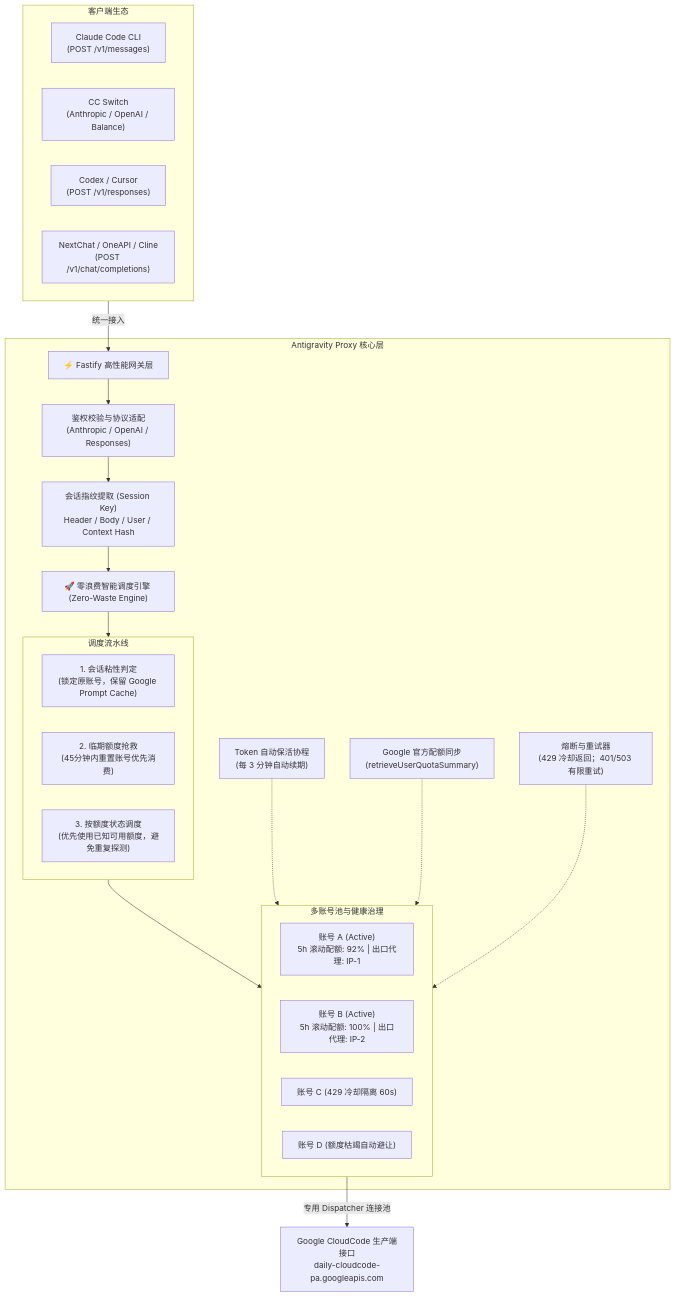
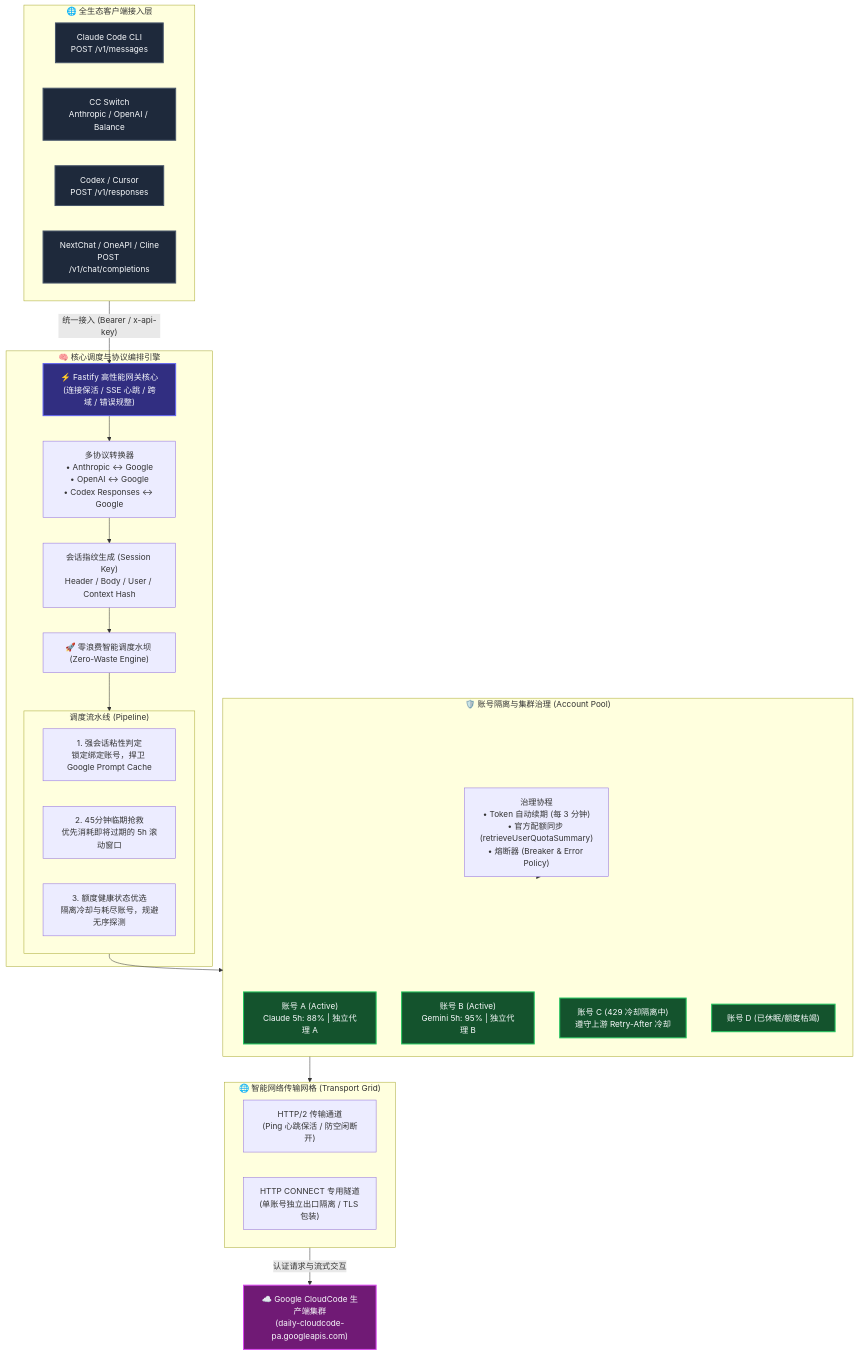
Before and after one commit to nnnextyear/antigravity-proxy: the diagram in README.md, drawn with Mermaid. The commit also changed other lines of this file and 30 other files, not shown here.

First line of the commit message:
feat: enhance proxy resilience, HTTP/2 keepalive transport, and overhaul high-star README

````diff
--- a/README.md
+++ b/README.md
@@ -53,38 +74,49 @@
 ```mermaid
 flowchart TD
-    subgraph Clients [客户端生态]
-        C1["Claude Code CLI\n(POST /v1/messages)"]
-        C2["CC Switch\n(Anthropic / OpenAI / Balance)"]
-        C3["Codex / Cursor\n(POST /v1/responses)"]
-        C4["NextChat / OneAPI / Cline\n(POST /v1/chat/completions)"]
+    classDef client fill:#1e293b,stroke:#475569,stroke-width:2px,color:#f8fafc;
+    classDef gateway fill:#312e81,stroke:#6366f1,stroke-width:2px,color:#f8fafc;
+    classDef engine fill:#0f172a,stroke:#38bdf8,stroke-width:2px,color:#f8fafc;
+    classDef pool fill:#14532d,stroke:#22c55e,stroke-width:2px,color:#f8fafc;
+    classDef upstream fill:#701a75,stroke:#d946ef,stroke-width:2px,color:#f8fafc;
+
+    subgraph Clients["🌐 全生态客户端接入层"]
+        C1["Claude Code CLI\nPOST /v1/messages"]:::client
+        C2["CC Switch\nAnthropic / OpenAI / Balance"]:::client
+        C3["Codex / Cursor\nPOST /v1/responses"]:::client
+        C4["NextChat / OneAPI / Cline\nPOST /v1/chat/completions"]:::client
     end
 
-    Clients -->|统一接入| Gateway["⚡ Fastify 高性能网关层"]
+    Clients -->|"统一接入 (Bearer / x-api-key)"| GW["⚡ Fastify 高性能网关核心\n(连接保活 / SSE 心跳 / 跨域 / 错误规整)"]:::gateway
 
-    subgraph Core [Antigravity Proxy 核心层]
-        Gateway --> Auth["鉴权校验与协议适配\n(Anthropic / OpenAI / Responses)"]
-        Auth --> Session["会话指纹提取 (Session Key)\nHeader / Body / User / Context Hash"]
-        Session --> Engine["🚀 零浪费智能调度引擎 (Zero-Waste Engine)"]
+    subgraph Core["🧠 核心调度与协议编排引擎"]
+        GW --> Adapters["多协议转换器\n• Anthropic ↔ Google\n• OpenAI ↔ Google\n• Codex Responses ↔ Google"]
+        Adapters --> Fingerprint["会话指纹生成 (Session Key)\nHeader / Body / User / Context Hash"]
+        Fingerprint --> Scheduler["🚀 零浪费智能调度水坝 (Zero-Waste Engine)"]
 
-        subgraph Strategies [调度流水线]
-            S1["1. 会话粘性判定\n(锁定原账号，保留 Google Prompt Cache)"]
-            S2["2. 临期额度抢救\n(45分钟内重置账号优先消费)"]
-            S3["3. 按额度状态调度\n(优先使用已知可用额度，避免重复探测)"]
+        subgraph Strategies["调度流水线 (Pipeline)"]
+            S1["1. 强会话粘性判定\n锁定绑定账号，捍卫 Google Prompt Cache"]
+            S2["2. 45分钟临期抢救\n优先消耗即将过期的 5h 滚动窗口"]
+            S3["3. 额度健康状态优选\n隔离冷却与耗尽账号，规避无序探测"]
         end
-        Engine --> Strategies
-
-        subgraph Pool [多账号池与健康治理]
-            Acc1["账号 A (Active)\n5h 滚动配额: 92% | 出口代理: IP-1"]
-            Acc2["账号 B (Active)\n5h 滚动配额: 100% | 出口代理: IP-2"]
-            Acc3["账号 C (429 冷却隔离 60s)"]
-            Acc4["账号 D (额度枯竭自动避让)"]
-        end
-        Strategies --> Pool
-
-        Refresher["Token 自动保活协程\n(每 3 分钟自动续期)"] -.-> Pool
-        QuotaSync["Google 官方配额同步\n(retrieveUserQuotaSummary)"] -.-> Pool
-        Breaker["熔断与重试器\n(429 冷却返回；401/503 有限重试)"] -.-> Pool
+        Scheduler --> Strategies
     end
 
-    Pool -->|专用 Dispatcher 连接池| Upstream["Google CloudCode 生产端接口\ndaily-cloudcode-pa.googleapis.com"]
+    subgraph AccountCluster["🛡️ 账号隔离与集群治理 (Account Pool)"]
+        Acc1["账号 A (Active)\nClaude 5h: 88% | 独立代理 A"]:::pool
+        Acc2["账号 B (Active)\nGemini 5h: 95% | 独立代理 B"]:::pool
+        Acc3["账号 C (429 冷却隔离中)\n遵守上游 Retry-After 冷却"]:::pool
+        Acc4["账号 D (已休眠/额度枯竭)"]:::pool
+        
+        Governance["治理协程\n• Token 自动续期 (每 3 分钟)\n• 官方配额同步 (retrieveUserQuotaSummary)\n• 熔断器 (Breaker & Error Policy)"]
+    end
+    Strategies --> AccountCluster
+    Governance -.-> AccountCluster
+
+    subgraph Network["🌐 智能网络传输网格 (Transport Grid)"]
+        H2["HTTP/2 传输通道\n(Ping 心跳保活 / 防空闲断开)"]
+        Tunnel["HTTP CONNECT 专用隧道\n(单账号独立出口隔离 / TLS 包装)"]
+    end
+    AccountCluster --> Network
+
+    Network -->|"认证请求与流式交互"| Upstream["☁️ Google CloudCode 生产端集群\n(daily-cloudcode-pa.googleapis.com)"]:::upstream
 ```
````
